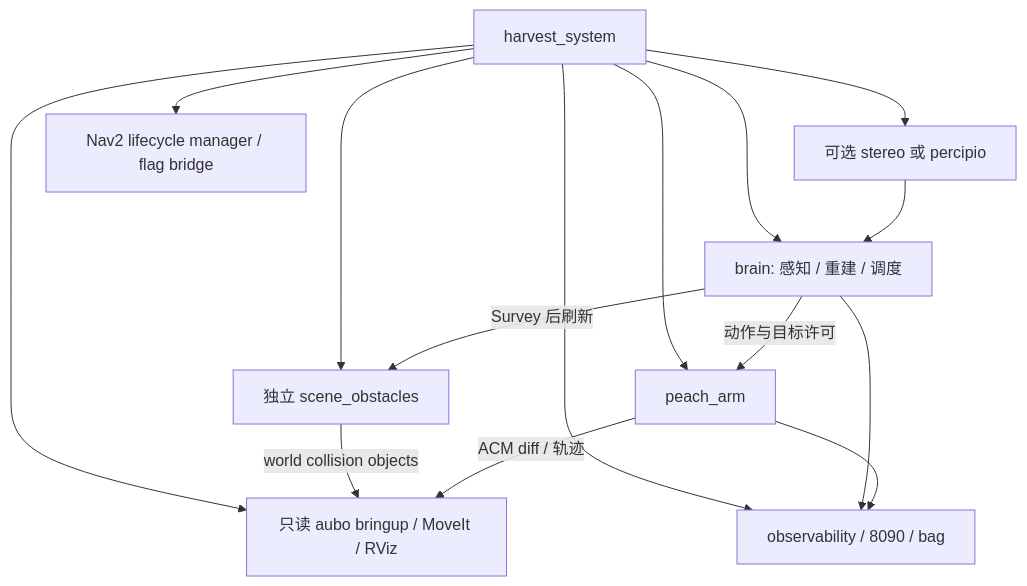
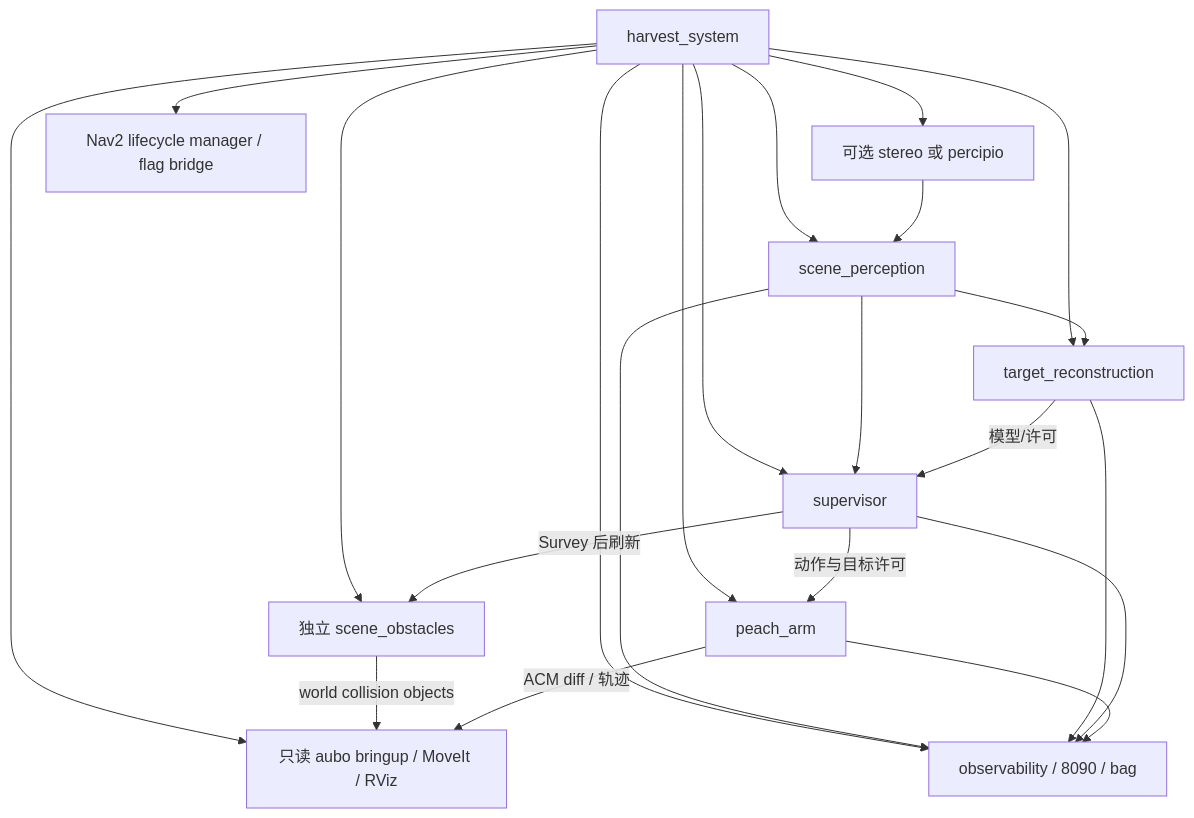
The first of 2 diagrams in src/peach/peach_bringup/doc/architecture.md (MUHAN11-c/aubo_boot), drawn with Mermaid before and after one commit. The commit also changed other lines of this file and 7405 other files, not shown here.

````diff
--- a/src/peach/peach_bringup/doc/architecture.md
+++ b/src/peach/peach_bringup/doc/architecture.md
@@ -30,17 +30,24 @@
 ```mermaid
 flowchart TB
   launch[harvest_system] --> driver[只读 aubo bringup / MoveIt / RViz]
   launch --> camera[可选 stereo 或 percipio]
-  launch --> brain[brain: 感知 / 重建 / 调度]
+  launch --> scene_pkg[scene_perception]
+  launch --> recon_pkg[target_reconstruction]
+  launch --> sup_pkg[supervisor]
   launch --> arm[peach_arm]
   launch --> scene[独立 scene_obstacles]
   launch --> obs[observability / 8090 / bag]
   launch --> lm[Nav2 lifecycle manager / flag bridge]
-  camera --> brain
-  brain -->|动作与目标许可| arm
-  brain -->|Survey 后刷新| scene
+  camera --> scene_pkg
+  scene_pkg --> recon_pkg
+  scene_pkg --> sup_pkg
+  recon_pkg -->|模型/许可| sup_pkg
+  sup_pkg -->|动作与目标许可| arm
+  sup_pkg -->|Survey 后刷新| scene
   scene -->|world collision objects| driver
   arm -->|ACM diff / 轨迹| driver
-  brain --> obs
+  scene_pkg --> obs
+  recon_pkg --> obs
+  sup_pkg --> obs
   arm --> obs
 ```
````
